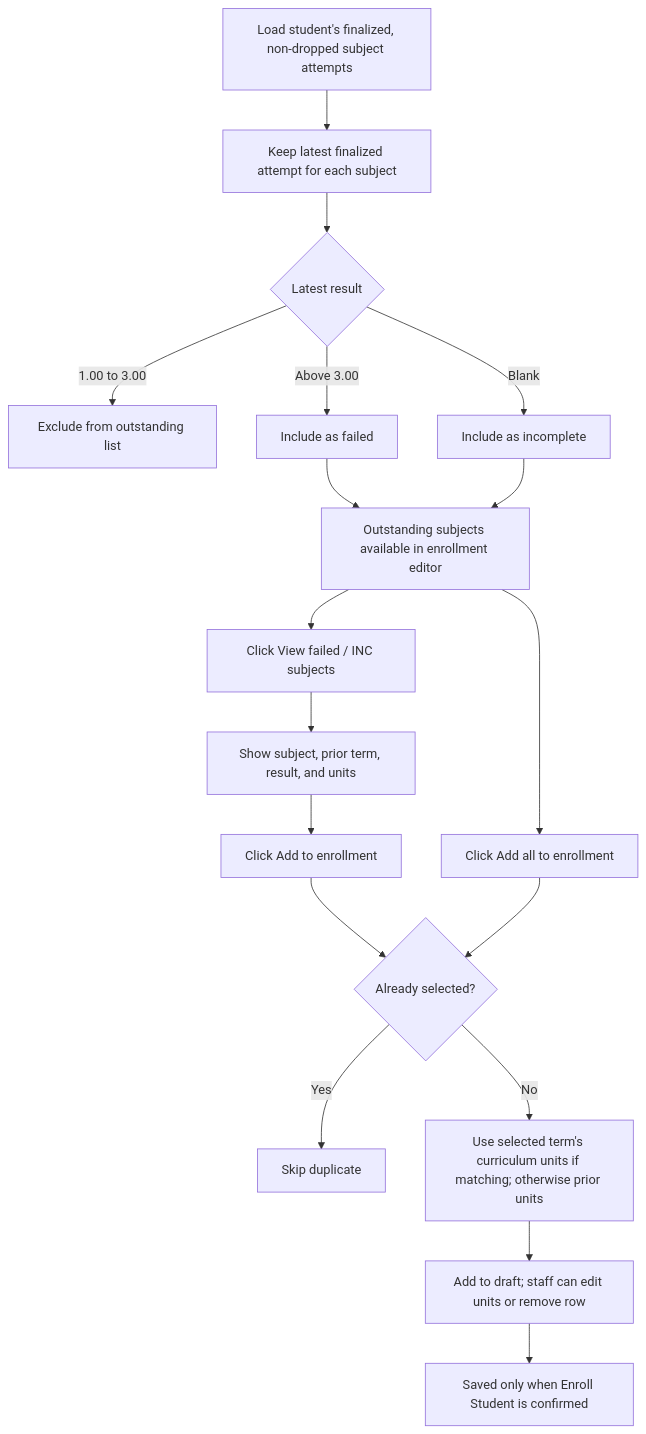
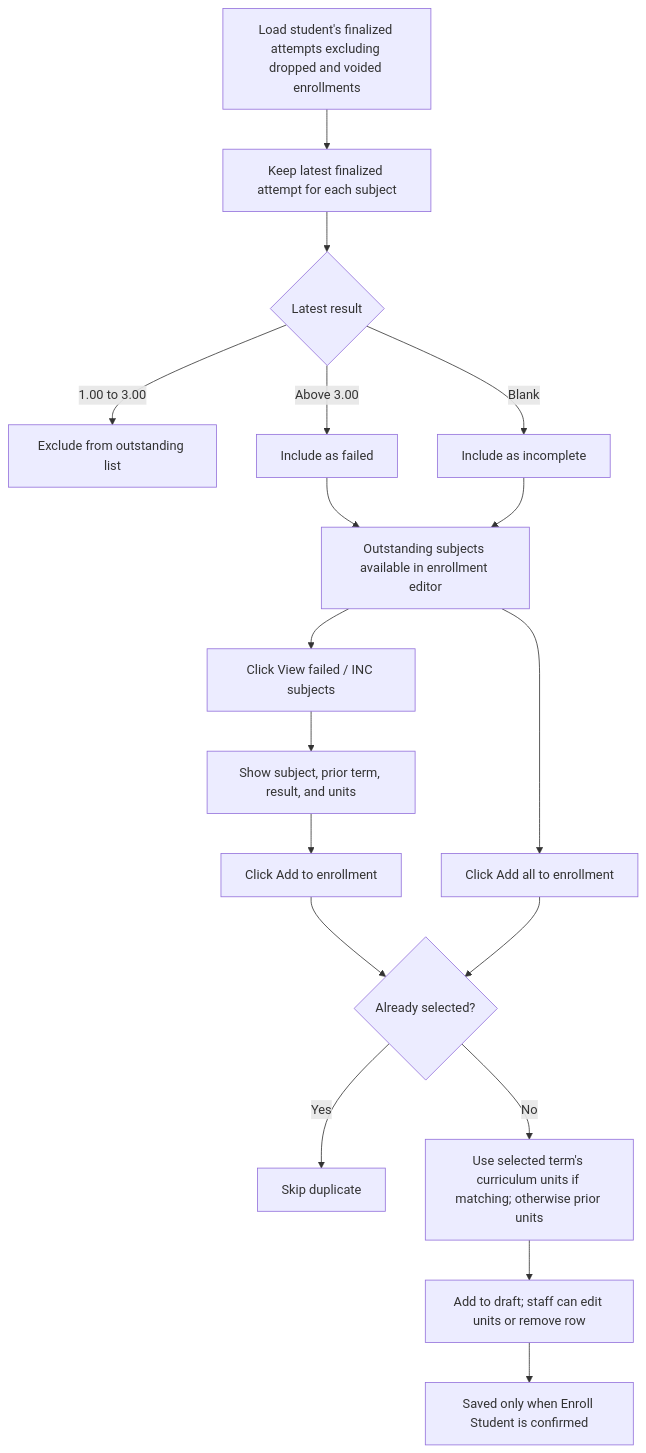
Before and after one commit to AetherKnowledge/enrollment-system: the sixth of 17 diagrams in docs/system-flows.md, drawn with Mermaid. The commit also changed other lines of this file and 36 other files, not shown here.

````diff
--- a/docs/system-flows.md
+++ b/docs/system-flows.md
@@ -235,20 +239,20 @@
 ```mermaid
 flowchart TD
-    Load[Load student's finalized, non-dropped subject attempts] --> Latest[Keep latest finalized attempt for each subject]
+    Load[Load student's finalized attempts excluding dropped and voided enrollments] --> Latest[Keep latest finalized attempt for each subject]
     Latest --> Result{Latest result}
     Result -->|1.00 to 3.00| Passed[Exclude from outstanding list]
     Result -->|Above 3.00| Failed[Include as failed]
     Result -->|Blank| INC[Include as incomplete]
     Failed --> Available[Outstanding subjects available in enrollment editor]
     INC --> Available
     Available --> View[Click View failed / INC subjects]
     View --> Dialog[Show subject, prior term, result, and units]
     Dialog --> Add[Click Add to enrollment]
     Available --> All[Click Add all to enrollment]
     Add --> Duplicate{Already selected?}
     All --> Duplicate
     Duplicate -->|Yes| Skip[Skip duplicate]
     Duplicate -->|No| Units[Use selected term's curriculum units if matching; otherwise prior units]
     Units --> Draft[Add to draft; staff can edit units or remove row]
     Draft --> Save[Saved only when Enroll Student is confirmed]
 ```
````
